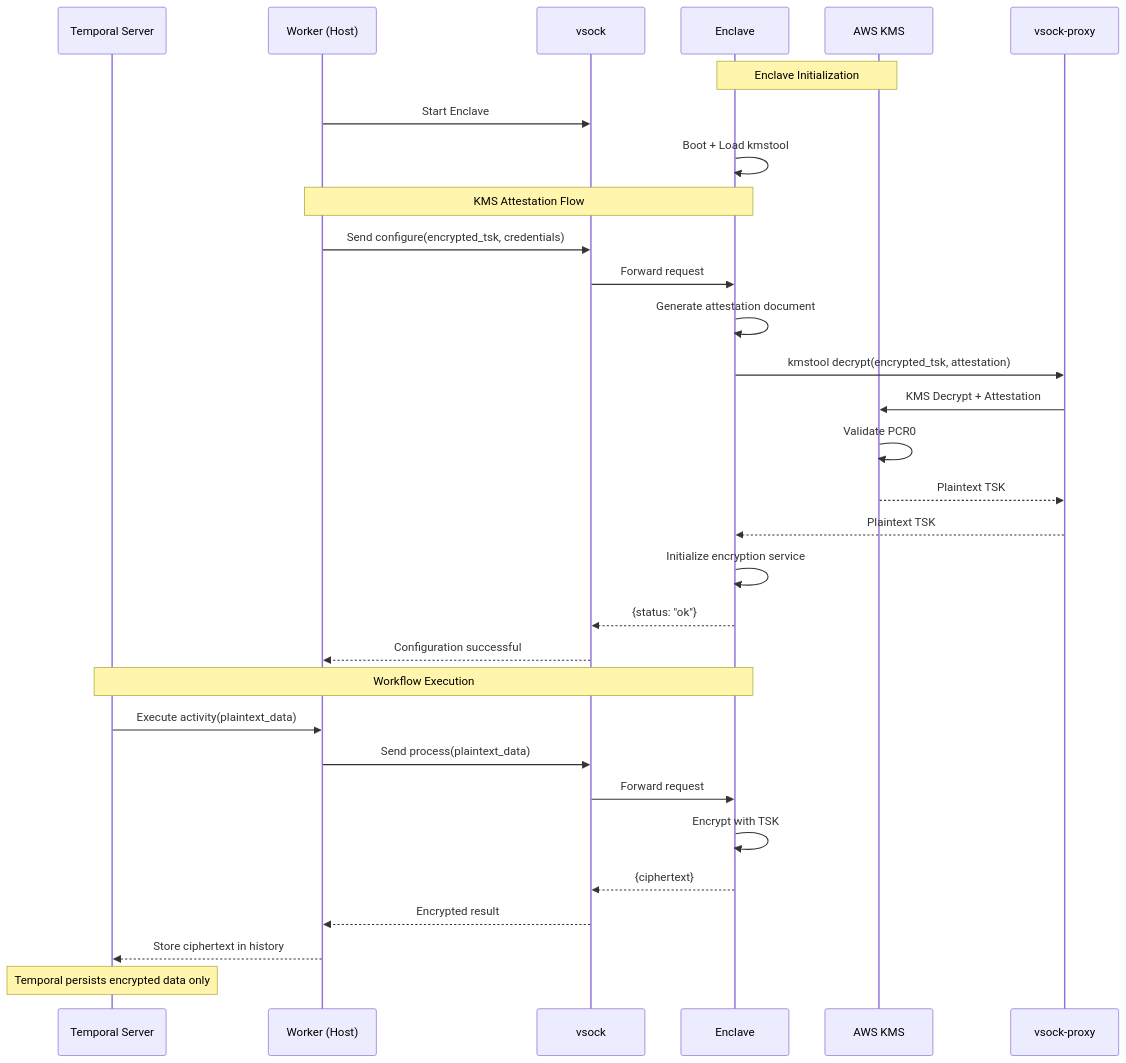
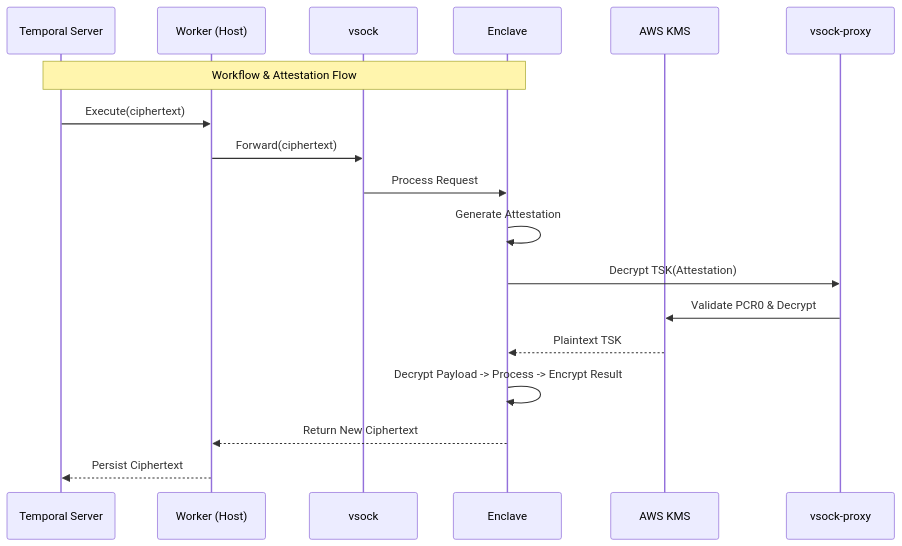
Before and after one commit to 0xktn/confidential-multi-agent-workflow: the diagram in README.md, drawn with Mermaid. The commit also changed other lines of this file and 21 other files, not shown here.

````diff
--- a/README.md
+++ b/README.md
@@ -31,37 +18,21 @@
 ```mermaid
 sequenceDiagram
     participant T as Temporal Server
     participant W as Worker (Host)
     participant V as vsock
     participant E as Enclave
     participant K as AWS KMS
     participant P as vsock-proxy
 
-    Note over E,K: Enclave Initialization
-    W->>V: Start Enclave
-    E->>E: Boot + Load kmstool
-    
-    Note over W,E: KMS Attestation Flow
-    W->>V: Send configure(encrypted_tsk, credentials)
-    V->>E: Forward request
-    E->>E: Generate attestation document
-    E->>P: kmstool decrypt(encrypted_tsk, attestation)
-    P->>K: KMS Decrypt + Attestation
-    K->>K: Validate PCR0
-    K-->>P: Plaintext TSK
-    P-->>E: Plaintext TSK
-    E->>E: Initialize encryption service
-    E-->>V: {status: "ok"}
-    V-->>W: Configuration successful
-    
-    Note over T,E: Workflow Execution
-    T->>W: Execute activity(plaintext_data)
-    W->>V: Send process(plaintext_data)
-    V->>E: Forward request
-    E->>E: Encrypt with TSK
-    E-->>V: {ciphertext}
-    V-->>W: Encrypted result
-    W-->>T: Store ciphertext in history
-    
-    Note over T: Temporal persists encrypted data only
+    Note over T,E: Workflow & Attestation Flow
+    T->>W: Execute(ciphertext)
+    W->>V: Forward(ciphertext)
+    V->>E: Process Request
+    E->>E: Generate Attestation
+    E->>P: Decrypt TSK(Attestation)
+    P->>K: Validate PCR0 & Decrypt
+    K-->>E: Plaintext TSK
+    E->>E: Decrypt Payload -> Process -> Encrypt Result
+    E-->>W: Return New Ciphertext
+    W-->>T: Persist Ciphertext
 ```
````
